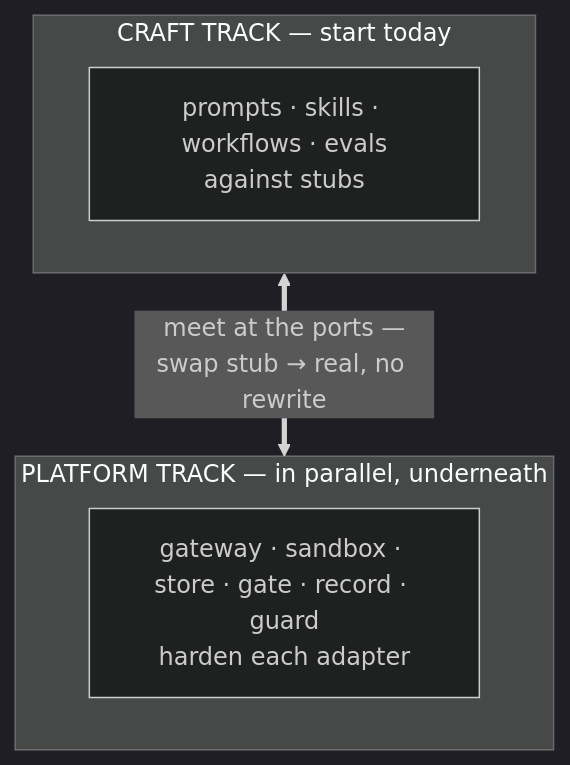
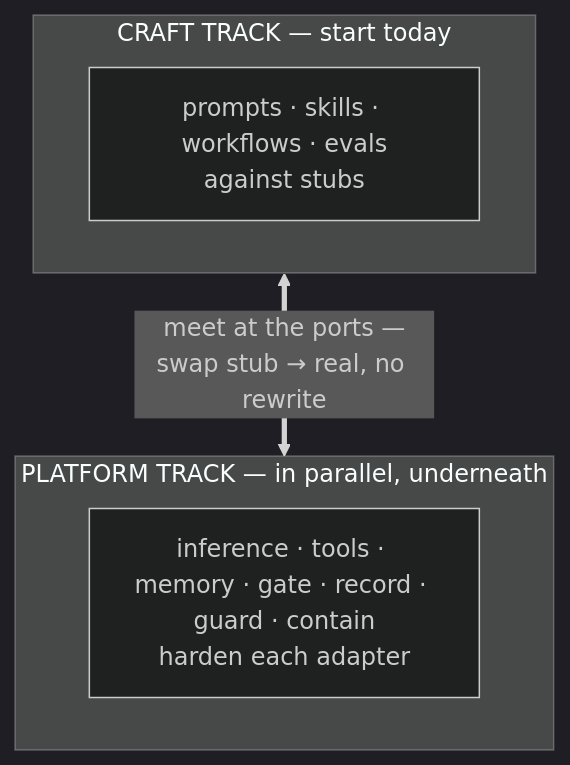
Diagram 11 of 15 in docs/stack-slides.md (tilsley/creance), drawn with Mermaid (dark theme) before and after one commit. The commit also changed other lines of this file, not shown here.

First line of the commit message:
docs(slides): rework model — 3 primitives (model/tool/memory), add 'contain' control

````diff
--- a/docs/stack-slides.md
+++ b/docs/stack-slides.md
@@ -181,10 +184,10 @@
 ```mermaid
 flowchart TB
   subgraph C["CRAFT TRACK — start today"]
     Cc["prompts · skills · workflows · evals<br/>against stubs"]
   end
   subgraph P["PLATFORM TRACK — in parallel, underneath"]
-    Pp["gateway · sandbox · store · gate · record · guard<br/>harden each adapter"]
+    Pp["inference · tools · memory · gate · record · guard · contain<br/>harden each adapter"]
   end
   C <==>|"meet at the ports —<br/>swap stub → real, no rewrite"| P
 ```
````
